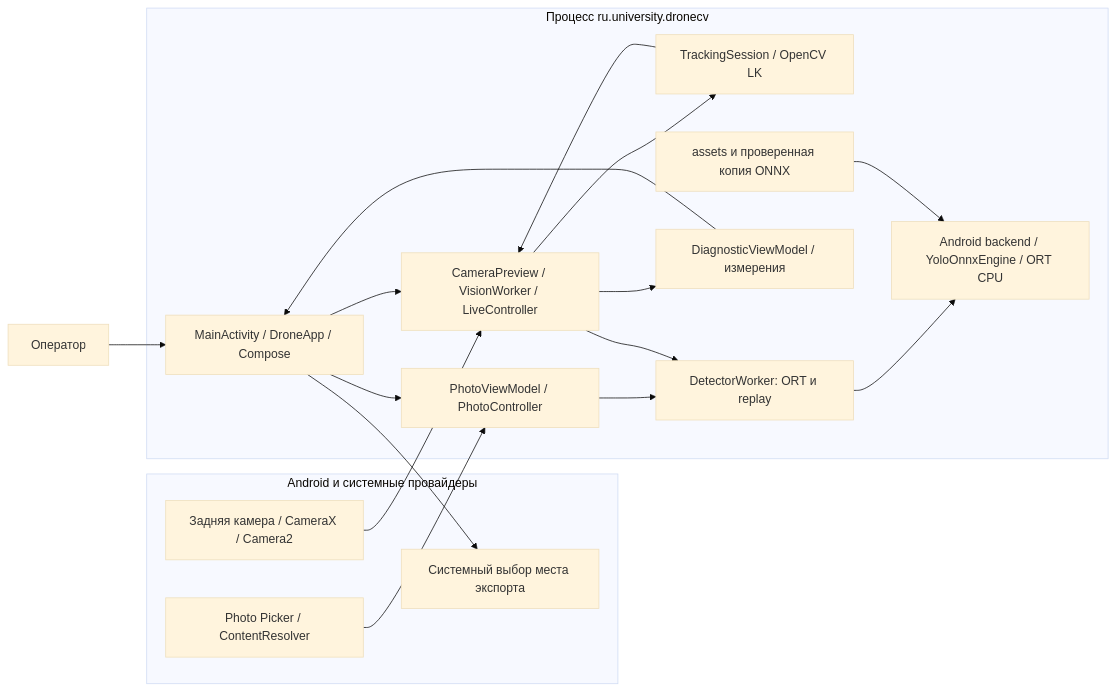
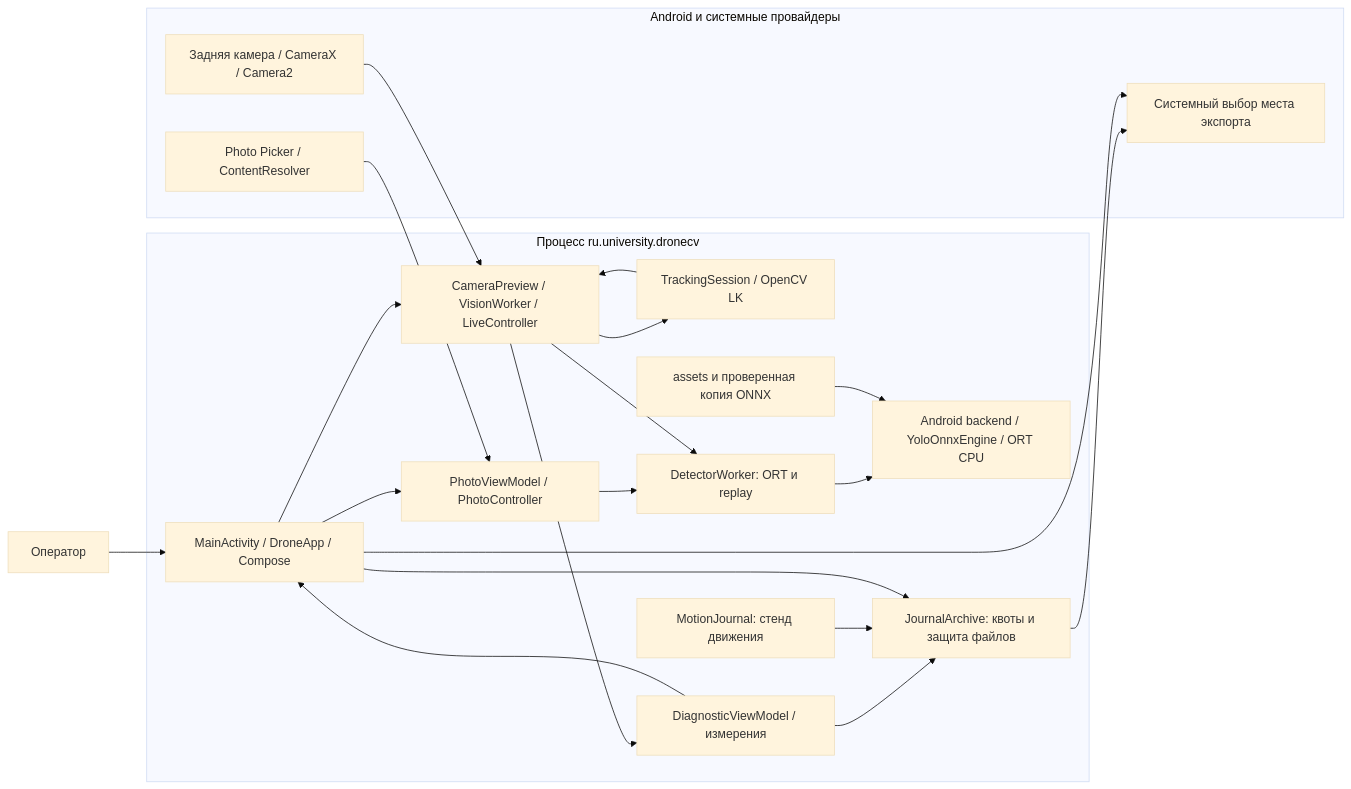
The diagram in docs/architecture/overview.md (Kr1st10/drone-cv-android-prototype), drawn with Mermaid (base theme) before and after one commit. The commit also changed other lines of this file and 20 other files, not shown here.

Commit message:
feat: expose persistent journal archive in recording UI

````diff
--- a/docs/architecture/overview.md
+++ b/docs/architecture/overview.md
@@ -9,32 +9,38 @@
 ```mermaid
 flowchart LR
     User[Оператор] --> UI
     subgraph OS[Android и системные провайдеры]
         Picker[Photo Picker / ContentResolver]
         Camera[Задняя камера / CameraX / Camera2]
         Documents[Системный выбор места экспорта]
     end
     subgraph App[Процесс ru.university.dronecv]
         UI[MainActivity / DroneApp / Compose]
         Photo[PhotoViewModel / PhotoController]
         Live[CameraPreview / VisionWorker / LiveController]
         Track[TrackingSession / OpenCV LK]
         Worker[DetectorWorker: ORT и replay]
         Engine[Android backend / YoloOnnxEngine / ORT CPU]
         Diag[DiagnosticViewModel / измерения]
         Model[assets и проверенная копия ONNX]
         UI --> Photo
         UI --> Live
         Photo --> Worker
         Live --> Worker
         Live --> Track
         Track --> Live
         Worker --> Engine
         Model --> Engine
         Live --> Diag
         Diag --> UI
+        Archive[JournalArchive: квоты и защита файлов]
+        Motion[MotionJournal: стенд движения]
+        Diag --> Archive
+        Motion --> Archive
+        UI --> Archive
+        Archive --> Documents
     end
     Picker --> Photo
     Camera --> Live
     UI --> Documents
 ```
````
